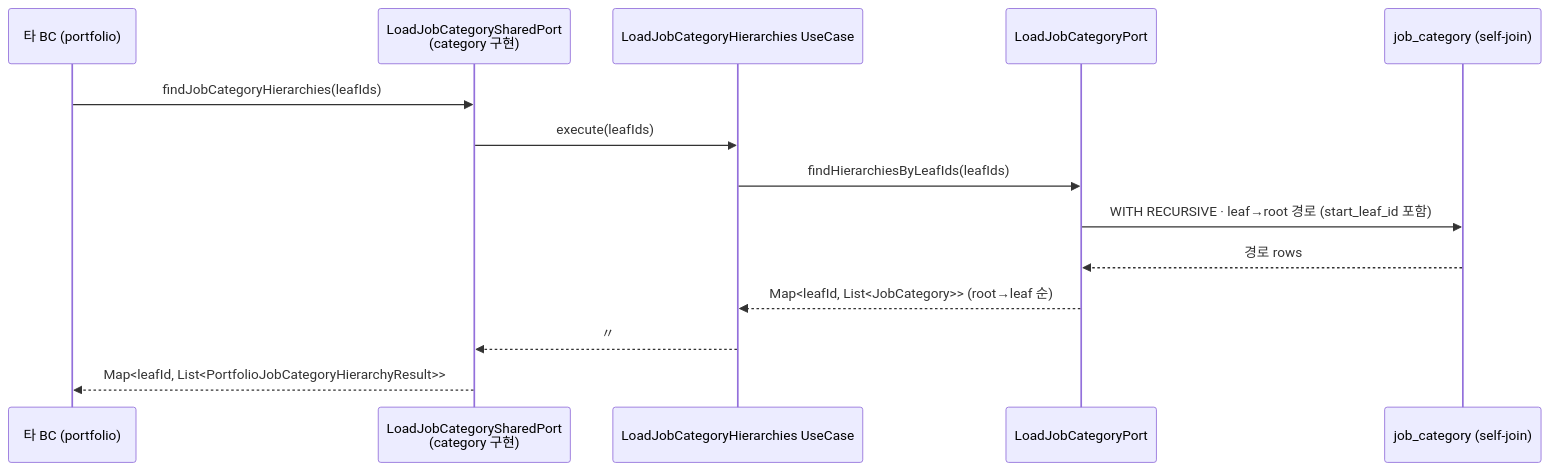
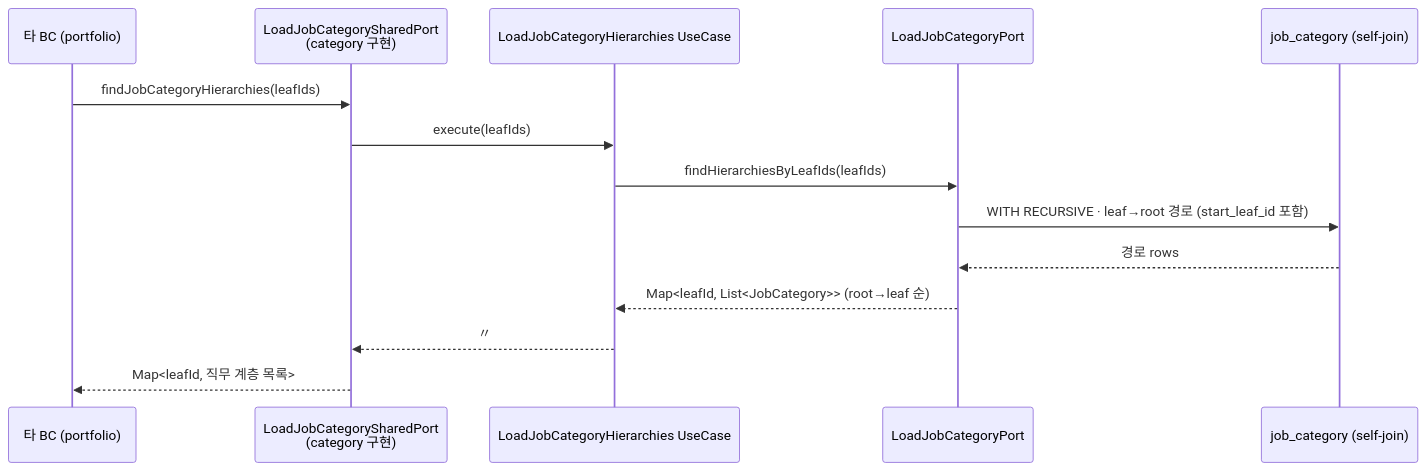
One commit to hirecore/hirecore-member-server changed the third of 4 diagrams in docs/diagram/category/job-category-hierarchy.md. Above: the diagram before and after it, drawn with Mermaid. The commit also changed other lines of this file and 6 other files, not shown here.

Commit message:
docs: 다이어그램의 낡은 DTO/포트 식별자 갱신 (DTO 중첩·SharedPort 반영)

````diff
--- a/docs/diagram/category/job-category-hierarchy.md
+++ b/docs/diagram/category/job-category-hierarchy.md
@@ -45,17 +45,17 @@
 ```mermaid
 sequenceDiagram
     participant BC as 타 BC (portfolio)
     participant Port as LoadJobCategorySharedPort<br/>(category 구현)
     participant UC as LoadJobCategoryHierarchies UseCase
     participant Repo as LoadJobCategoryPort
     participant DB as job_category (self-join)
 
     BC->>Port: findJobCategoryHierarchies(leafIds)
     Port->>UC: execute(leafIds)
     UC->>Repo: findHierarchiesByLeafIds(leafIds)
     Repo->>DB: WITH RECURSIVE · leaf→root 경로 (start_leaf_id 포함)
     DB-->>Repo: 경로 rows
     Repo-->>UC: Map<leafId, List<JobCategory>> (root→leaf 순)
     UC-->>Port: 〃
-    Port-->>BC: Map<leafId, List<PortfolioJobCategoryHierarchyResult>>
+    Port-->>BC: Map<leafId, 직무 계층 목록>
 ```
````
